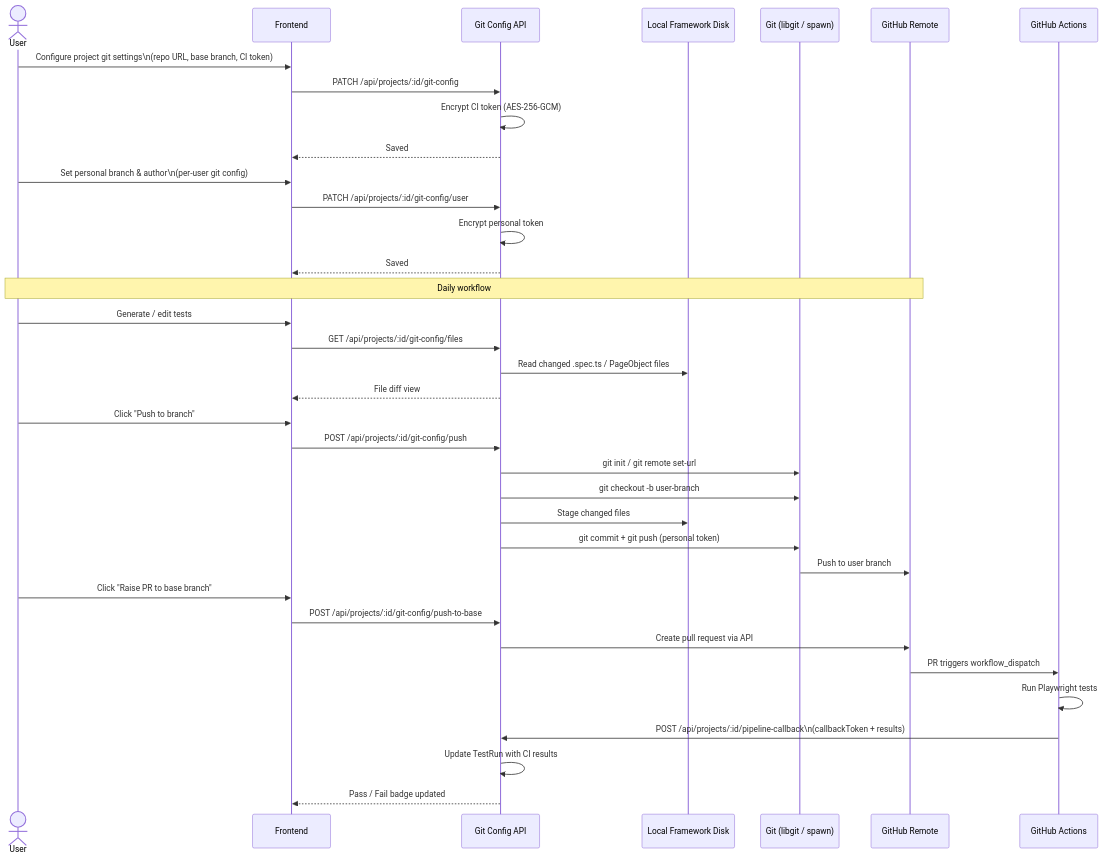
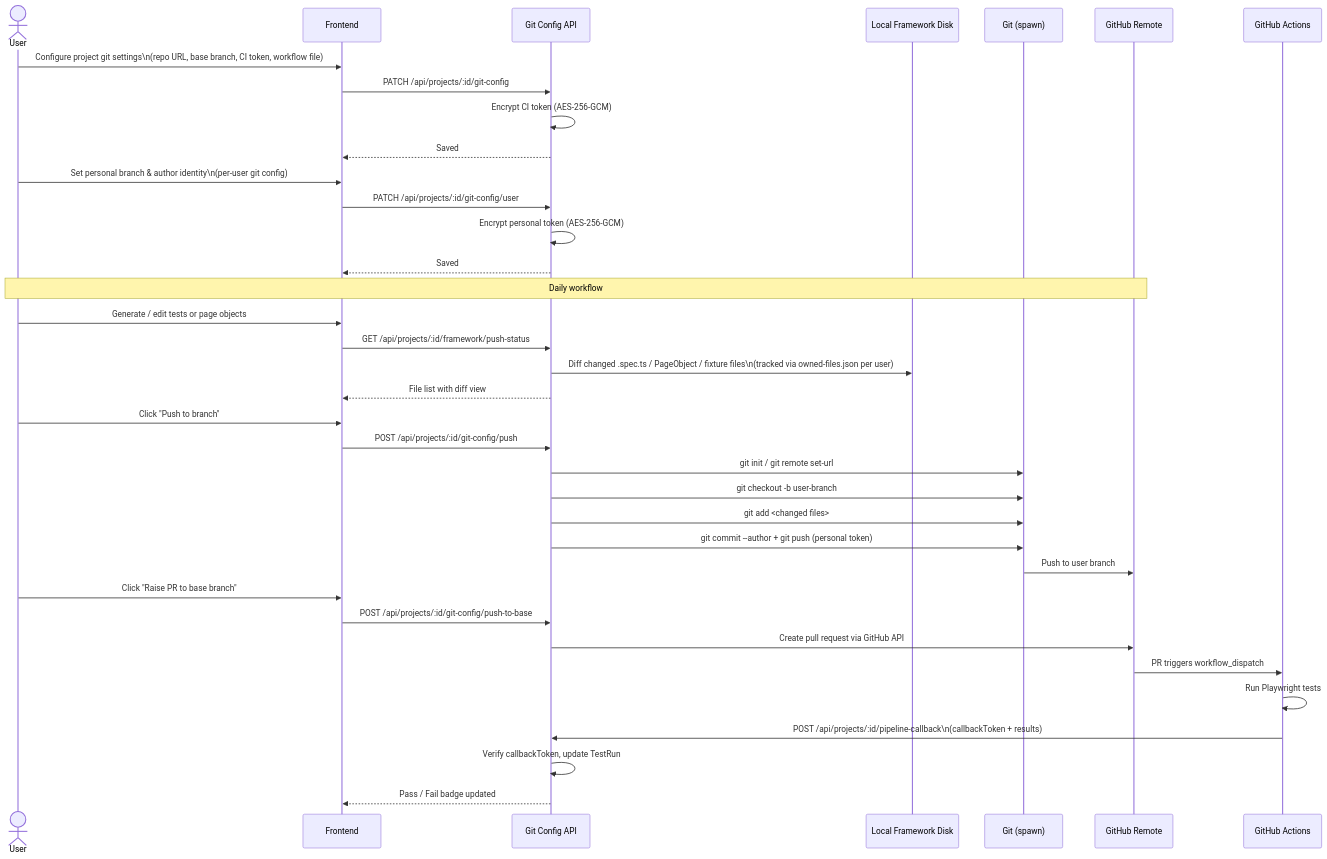
One commit to jagadeeshqtsolv/automation-ai-platform changed the seventh of 9 diagrams in docs/ARCHITECTURE.md. Above: the diagram before and after it, drawn with Mermaid. The commit also changed other lines of this file, not shown here.

````diff
--- a/docs/ARCHITECTURE.md
+++ b/docs/ARCHITECTURE.md
@@ -376,45 +431,45 @@
 ```mermaid
 sequenceDiagram
     actor User
     participant UI as Frontend
     participant API as Git Config API
     participant FS as Local Framework Disk
-    participant Git as Git (libgit / spawn)
+    participant Git as Git (spawn)
     participant GitHub as GitHub Remote
     participant CI as GitHub Actions
 
-    User->>UI: Configure project git settings\n(repo URL, base branch, CI token)
+    User->>UI: Configure project git settings\n(repo URL, base branch, CI token, workflow file)
     UI->>API: PATCH /api/projects/:id/git-config
     API->>API: Encrypt CI token (AES-256-GCM)
     API-->>UI: Saved
 
-    User->>UI: Set personal branch & author\n(per-user git config)
+    User->>UI: Set personal branch & author identity\n(per-user git config)
     UI->>API: PATCH /api/projects/:id/git-config/user
-    API->>API: Encrypt personal token
+    API->>API: Encrypt personal token (AES-256-GCM)
     API-->>UI: Saved
 
     Note over User,GitHub: Daily workflow
 
-    User->>UI: Generate / edit tests
-    UI->>API: GET /api/projects/:id/git-config/files
-    API->>FS: Read changed .spec.ts / PageObject files
-    API-->>UI: File diff view
+    User->>UI: Generate / edit tests or page objects
+    UI->>API: GET /api/projects/:id/framework/push-status
+    API->>FS: Diff changed .spec.ts / PageObject / fixture files\n(tracked via owned-files.json per user)
+    API-->>UI: File list with diff view
 
     User->>UI: Click "Push to branch"
     UI->>API: POST /api/projects/:id/git-config/push
     API->>Git: git init / git remote set-url
     API->>Git: git checkout -b user-branch
-    API->>FS: Stage changed files
-    API->>Git: git commit + git push (personal token)
+    API->>Git: git add <changed files>
+    API->>Git: git commit --author + git push (personal token)
     Git->>GitHub: Push to user branch
 
     User->>UI: Click "Raise PR to base branch"
     UI->>API: POST /api/projects/:id/git-config/push-to-base
-    API->>GitHub: Create pull request via API
+    API->>GitHub: Create pull request via GitHub API
 
     GitHub->>CI: PR triggers workflow_dispatch
     CI->>CI: Run Playwright tests
     CI->>API: POST /api/projects/:id/pipeline-callback\n(callbackToken + results)
-    API->>API: Update TestRun with CI results
+    API->>API: Verify callbackToken, update TestRun
     API-->>UI: Pass / Fail badge updated
 ```
````
